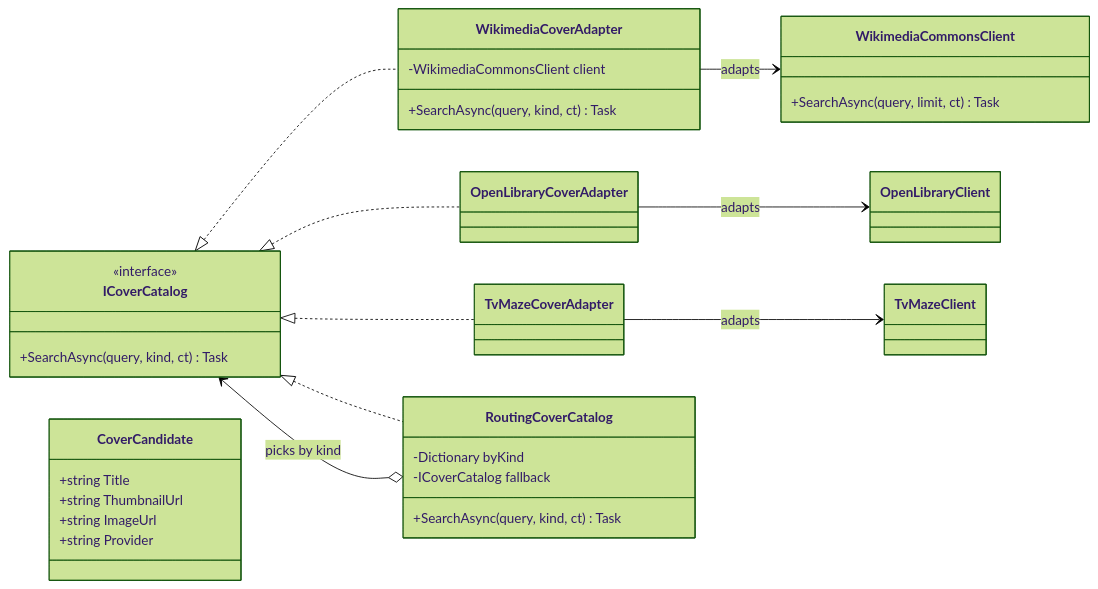
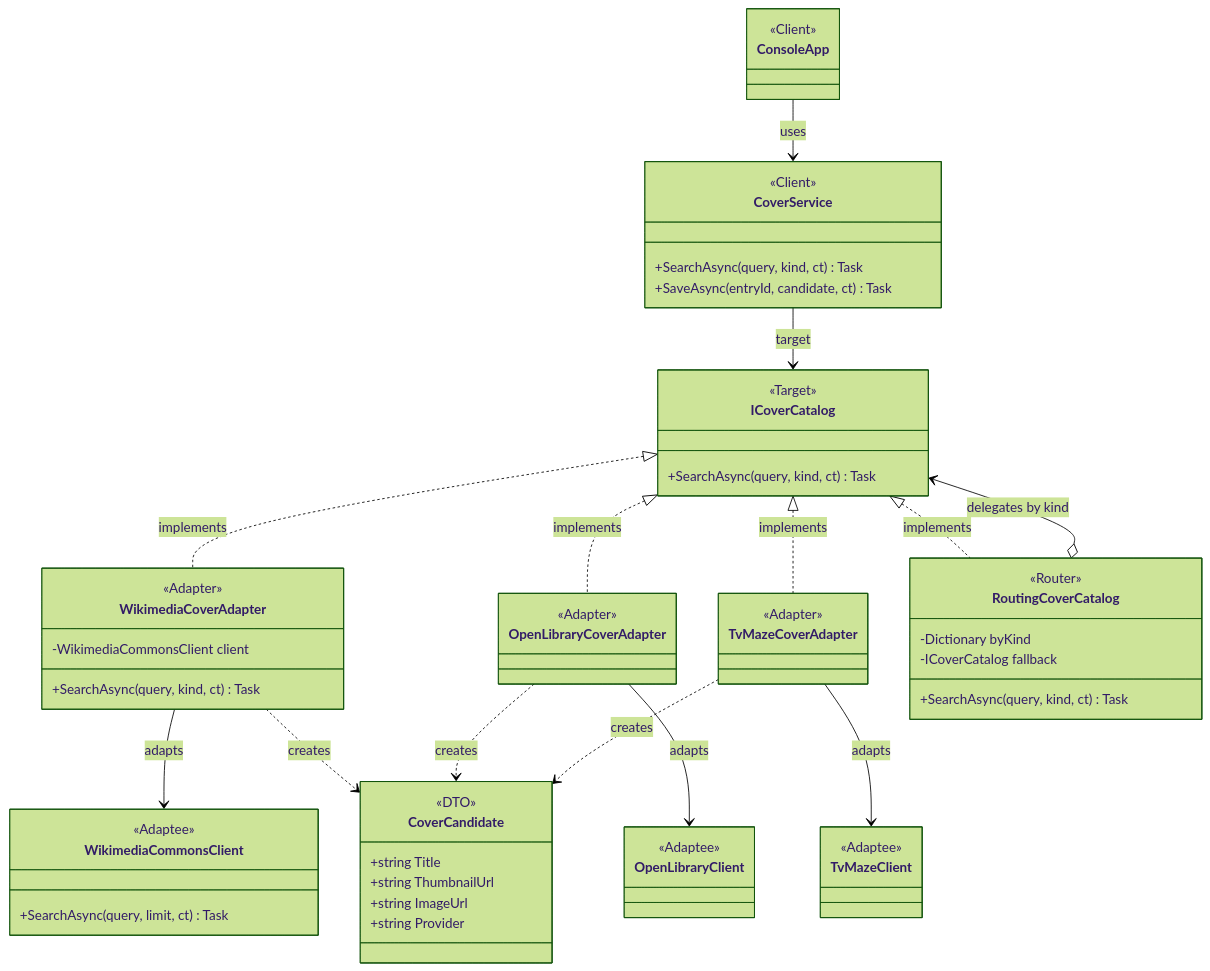
One commit to Prince-of-Nothing/TMPS-Labs changed the first of 3 diagrams in Reports/Lab2.md. Above: the diagram before and after it, drawn with Mermaid (forest theme). The commit also changed other lines of this file and 1 other file, not shown here.

Commit message:
docs: restyle UML diagrams with Refactoring Guru roles

````diff
--- a/Reports/Lab2.md
+++ b/Reports/Lab2.md
@@ -115,38 +118,63 @@
 ```mermaid
 classDiagram
-direction LR
+direction TB
+class ConsoleApp {
+  <<Client>>
+}
+class CoverService {
+  <<Client>>
+  +SearchAsync(query, kind, ct) Task
+  +SaveAsync(entryId, candidate, ct) Task
+}
 class ICoverCatalog {
-  <<interface>>
+  <<Target>>
   +SearchAsync(query, kind, ct) Task
 }
 class CoverCandidate {
+  <<DTO>>
   +string Title
   +string ThumbnailUrl
   +string ImageUrl
   +string Provider
 }
-class WikimediaCommonsClient {
-  +SearchAsync(query, limit, ct) Task
-}
 class WikimediaCoverAdapter {
+  <<Adapter>>
   -WikimediaCommonsClient client
   +SearchAsync(query, kind, ct) Task
 }
-class OpenLibraryClient
-class OpenLibraryCoverAdapter
-class TvMazeClient
-class TvMazeCoverAdapter
+class OpenLibraryCoverAdapter {
+  <<Adapter>>
+}
+class TvMazeCoverAdapter {
+  <<Adapter>>
+}
+class WikimediaCommonsClient {
+  <<Adaptee>>
+  +SearchAsync(query, limit, ct) Task
+}
+class OpenLibraryClient {
+  <<Adaptee>>
+}
+class TvMazeClient {
+  <<Adaptee>>
+}
 class RoutingCoverCatalog {
+  <<Router>>
   -Dictionary byKind
   -ICoverCatalog fallback
   +SearchAsync(query, kind, ct) Task
 }
-ICoverCatalog <|.. WikimediaCoverAdapter
-ICoverCatalog <|.. OpenLibraryCoverAdapter
-ICoverCatalog <|.. TvMazeCoverAdapter
-ICoverCatalog <|.. RoutingCoverCatalog
+ConsoleApp --> CoverService : uses
+CoverService --> ICoverCatalog : target
+ICoverCatalog <|.. WikimediaCoverAdapter : implements
+ICoverCatalog <|.. OpenLibraryCoverAdapter : implements
+ICoverCatalog <|.. TvMazeCoverAdapter : implements
+ICoverCatalog <|.. RoutingCoverCatalog : implements
 WikimediaCoverAdapter --> WikimediaCommonsClient : adapts
 OpenLibraryCoverAdapter --> OpenLibraryClient : adapts
 TvMazeCoverAdapter --> TvMazeClient : adapts
-RoutingCoverCatalog o--> ICoverCatalog : picks by kind
+RoutingCoverCatalog o--> ICoverCatalog : delegates by kind
+WikimediaCoverAdapter ..> CoverCandidate : creates
+OpenLibraryCoverAdapter ..> CoverCandidate : creates
+TvMazeCoverAdapter ..> CoverCandidate : creates
 ```
````
